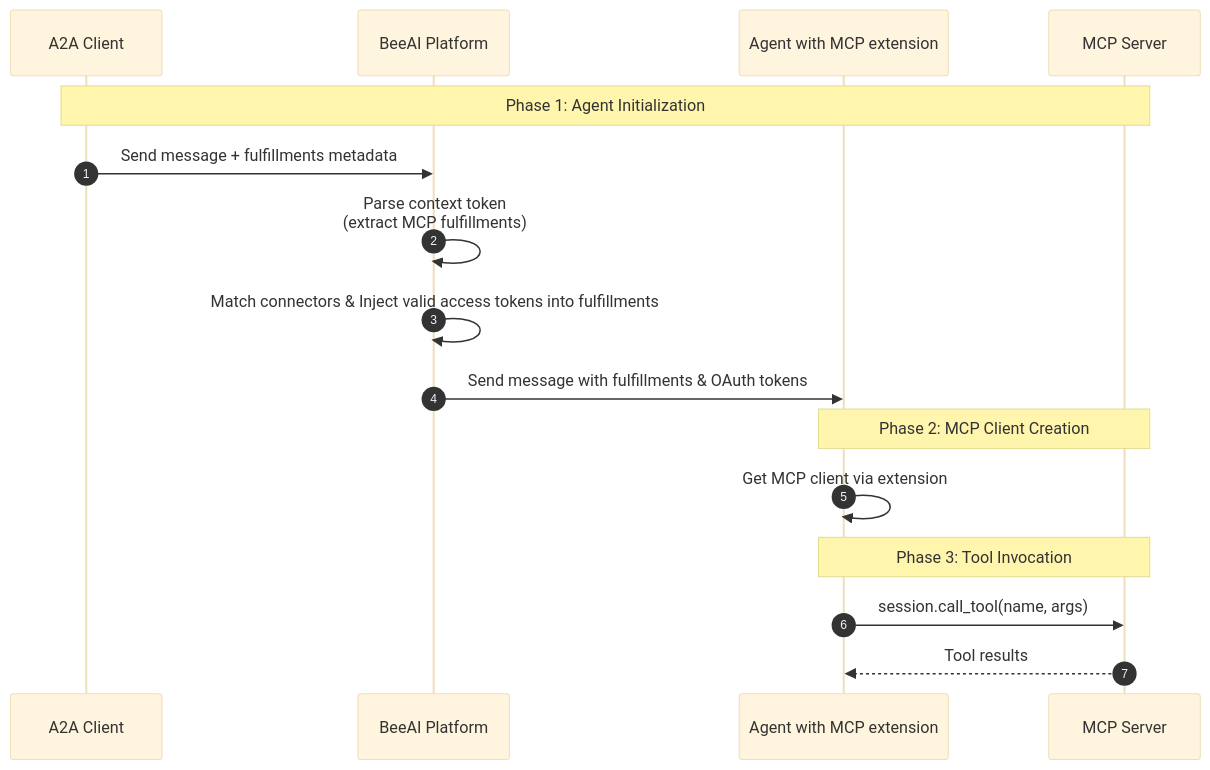
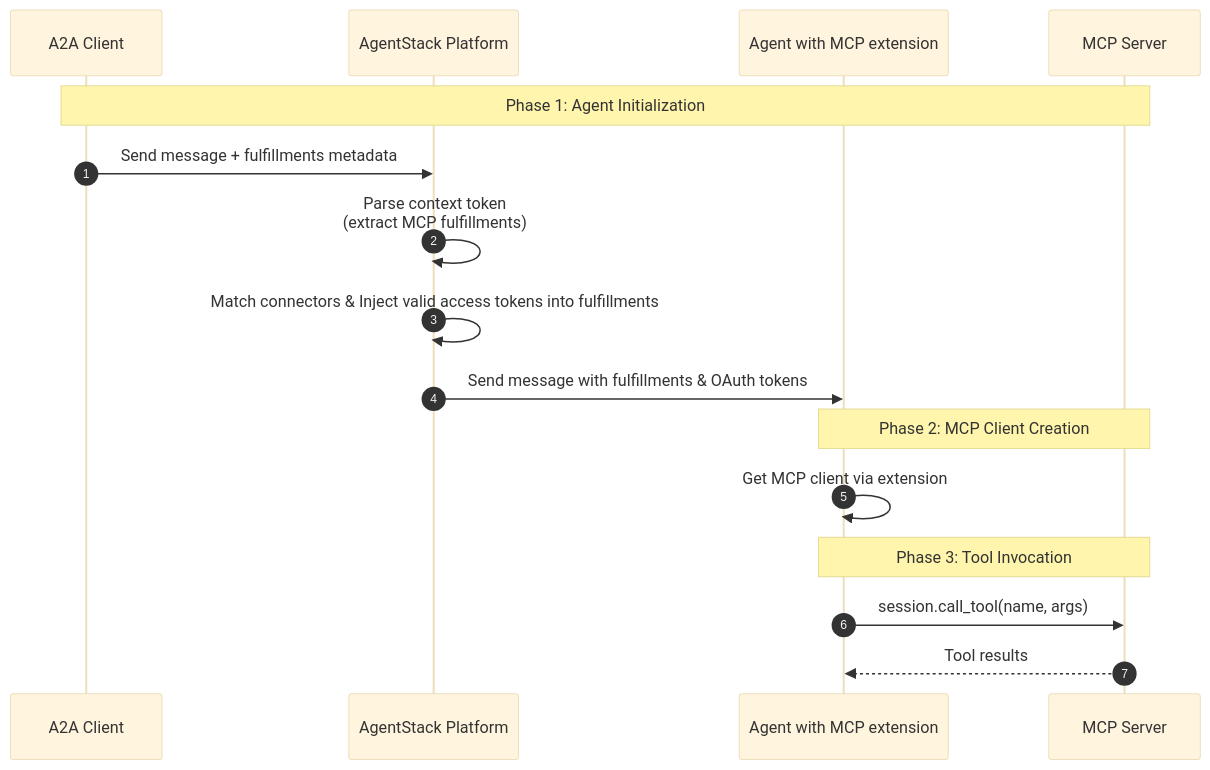
Before and after one commit to nagyist/beeai-platform: the diagram in docs/connectors/connector-injection.md, drawn with Mermaid (base theme). The commit also changed other lines of this file and 51 other files, not shown here.

````diff
--- a/docs/connectors/connector-injection.md
+++ b/docs/connectors/connector-injection.md
@@ -25,24 +25,24 @@
 ```mermaid
 sequenceDiagram
     autonumber
     participant Client as A2A Client
-    participant Platform as BeeAI Platform
+    participant Platform as AgentStack Platform
     participant Agent as Agent with MCP extension
     participant MCP as MCP Server
 
     Note over Client,MCP: Phase 1: Agent Initialization
 
     Client->>Platform: Send message + fulfillments metadata
     Platform->>Platform: Parse context token<br/>(extract MCP fulfillments)
     Platform->>Platform: Match connectors & Inject valid access tokens into fulfillments
     Platform->>Agent: Send message with fulfillments & OAuth tokens
 
     Note over Agent,MCP: Phase 2: MCP Client Creation
 
     Agent->>Agent: Get MCP client via extension
 
     Note over Agent,MCP: Phase 3: Tool Invocation
 
     Agent->>MCP: session.call_tool(name, args)
     MCP-->>Agent: Tool results
 ```
````
